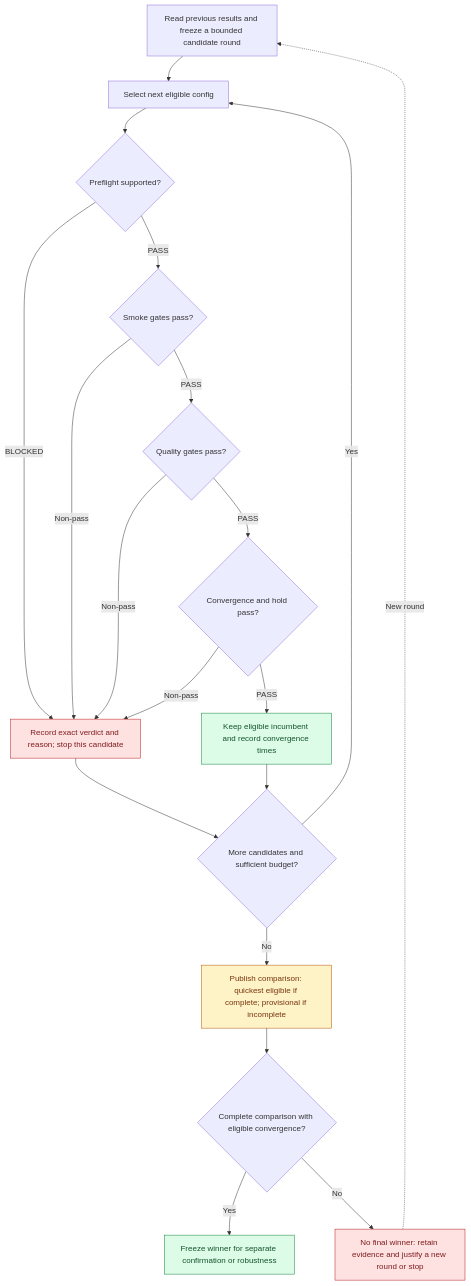
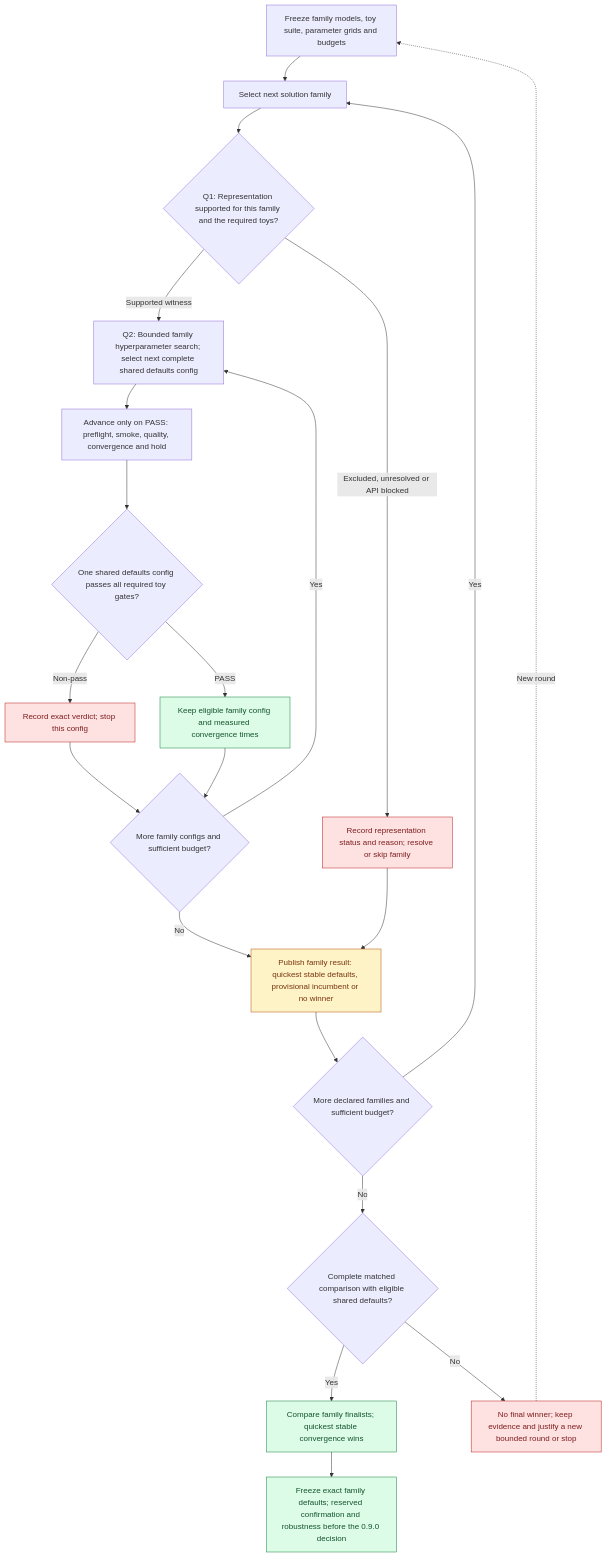
The diagram in docs/forge-convergence-selection-plan.md (255BITS/ParticleGAN), drawn with Mermaid before and after one commit. The commit also changed other lines of this file and 1 other file, not shown here.

Commit message:
Separate family representation from shared-defaults hyperparameter search

````diff
--- a/docs/forge-convergence-selection-plan.md
+++ b/docs/forge-convergence-selection-plan.md
@@ -17,27 +28,29 @@
 ```mermaid
 flowchart TD
-    A[Read previous results and freeze a bounded candidate round] --> B[Select next eligible config]
-    B --> C{Preflight supported?}
-    C -- PASS --> D{Smoke gates pass?}
-    D -- PASS --> E{Quality gates pass?}
-    E -- PASS --> F{Convergence and hold pass?}
-    C -- BLOCKED --> R[Record exact verdict and reason; stop this candidate]
-    D -- Non-pass --> R
-    E -- Non-pass --> R
-    F -- Non-pass --> R
-    F -- PASS --> I[Keep eligible incumbent and record convergence times]
-    R --> J{More candidates and sufficient budget?}
+    A[Freeze family models, toy suite, parameter grids and budgets] --> S[Select next solution family]
+    S --> T{Q1: Representation supported for this family and the required toys?}
+    T -- Supported witness --> H[Q2: Bounded family hyperparameter search; select next complete shared defaults config]
+    T -- Excluded, unresolved or API blocked --> Z[Record representation status and reason; resolve or skip family]
+    H --> D[Advance only on PASS: preflight, smoke, quality, convergence and hold]
+    D --> G{One shared defaults config passes all required toy gates?}
+    G -- Non-pass --> R[Record exact verdict; stop this config]
+    G -- PASS --> I[Keep eligible family config and measured convergence times]
+    R --> J{More family configs and sufficient budget?}
     I --> J
-    J -- Yes --> B
-    J -- No --> K[Publish comparison: quickest eligible if complete; provisional if incomplete]
-    K --> L{Complete comparison with eligible convergence?}
-    L -- Yes --> M[Freeze winner for separate confirmation or robustness]
-    L -- No --> N[No final winner: retain evidence and justify a new round or stop]
+    J -- Yes --> H
+    J -- No --> K[Publish family result: quickest stable defaults, provisional incumbent or no winner]
+    Z --> K
+    K --> Y{More declared families and sufficient budget?}
+    Y -- Yes --> S
+    Y -- No --> L{Complete matched comparison with eligible shared defaults?}
+    L -- Yes --> V[Compare family finalists; quickest stable convergence wins]
+    V --> M[Freeze exact family defaults; reserved confirmation and robustness before the 0.9.0 decision]
+    L -- No --> N[No final winner; keep evidence and justify a new bounded round or stop]
     N -. New round .-> A
     classDef success fill:#dcfce7,stroke:#15803d,color:#14532d
     classDef stopped fill:#fee2e2,stroke:#b91c1c,color:#7f1d1d
     classDef partial fill:#fef3c7,stroke:#b45309,color:#78350f
-    class I,M success
-    class R,N stopped
+    class I,V,M success
+    class R,N,Z stopped
     class K partial
 ```
````
